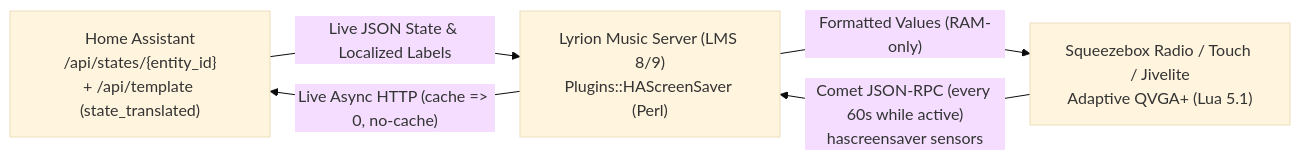
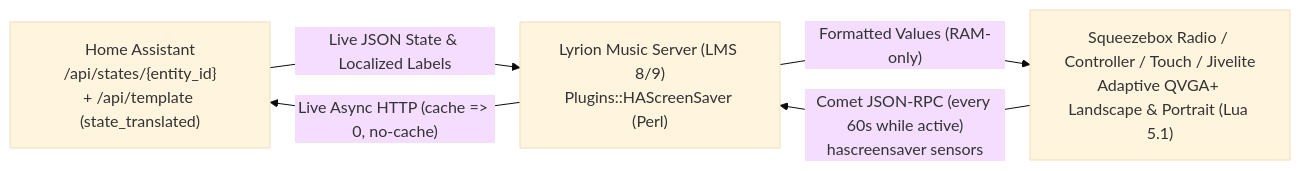
The diagram in README.md (Nornode/lms-ha-screensaver), drawn with Mermaid (base theme) before and after one commit. The commit also changed other lines of this file and 10 other files, not shown here.

First line of the commit message:
Release v1.5.0: Add Squeezebox Controller (jive) portrait support

````diff
--- a/README.md
+++ b/README.md
@@ -49,11 +53,11 @@
 ```mermaid
 flowchart LR
     HA["Home Assistant<br/>/api/states/{entity_id}<br/>+ /api/template (state_translated)"]
     LMS["Lyrion Music Server (LMS 8/9)<br/>Plugins::HAScreenSaver (Perl)"]
-    Radio["Squeezebox Radio / Touch / Jivelite<br/>Adaptive QVGA+ (Lua 5.1)"]
+    Radio["Squeezebox Radio / Controller / Touch / Jivelite<br/>Adaptive QVGA+ Landscape &amp; Portrait (Lua 5.1)"]
 
     Radio -- "Comet JSON-RPC (every 60s while active)<br/>hascreensaver sensors" --> LMS
     LMS -- "Live Async HTTP (cache => 0, no-cache)" --> HA
     HA -- "Live JSON State & Localized Labels" --> LMS
     LMS -- "Formatted Values (RAM-only)" --> Radio
 ```
````
